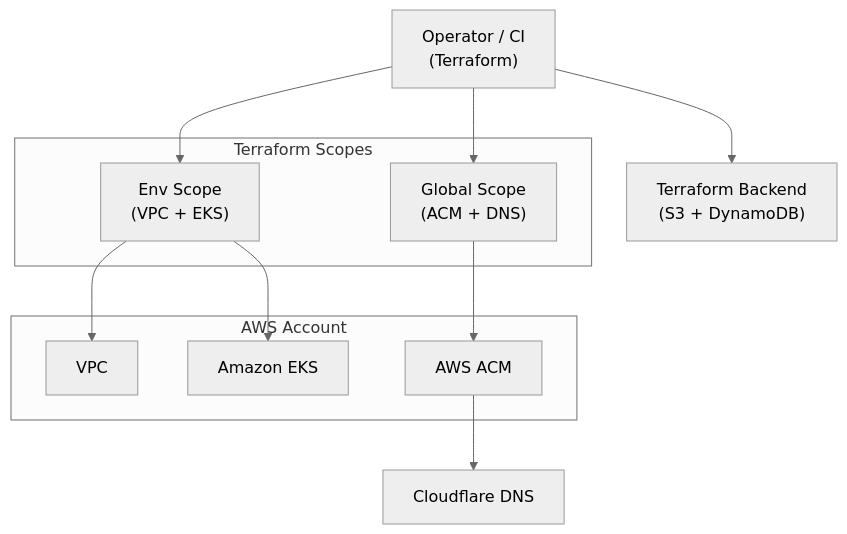
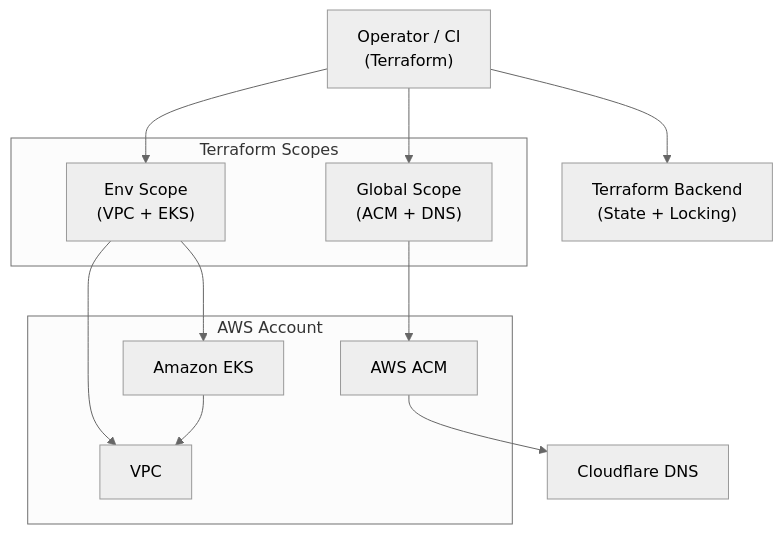
Before and after one commit to LaurisNeimanis/aws-eks-platform: the diagram in README.md, drawn with Mermaid (neutral theme). The commit also changed other lines of this file and 5 other files, not shown here.

First line of the commit message:
docs: separate installation guide, refine README, and move architecture diagrams

````diff
--- a/README.md
+++ b/README.md
@@ -130,28 +141,30 @@
 ```mermaid
 flowchart TB
   Operator["Operator / CI<br/>(Terraform)"]
 
   subgraph TF["Terraform Scopes"]
     Global["Global Scope<br/>(ACM + DNS)"]
     Env["Env Scope<br/>(VPC + EKS)"]
   end
 
+  TFSTATE["Terraform Backend<br/>(State + Locking)"]
+
   subgraph AWS["AWS Account"]
     VPC["VPC"]
     EKS["Amazon EKS"]
     ACM["AWS ACM"]
   end
 
   CF["Cloudflare DNS"]
-  TFSTATE["Terraform Backend<br/>(S3 + DynamoDB)"]
 
   Operator --> TFSTATE
   Operator --> Global
   Operator --> Env
 
   Env --> VPC
   Env --> EKS
+  EKS --> VPC
 
   Global --> ACM
   ACM --> CF
 ```
````
